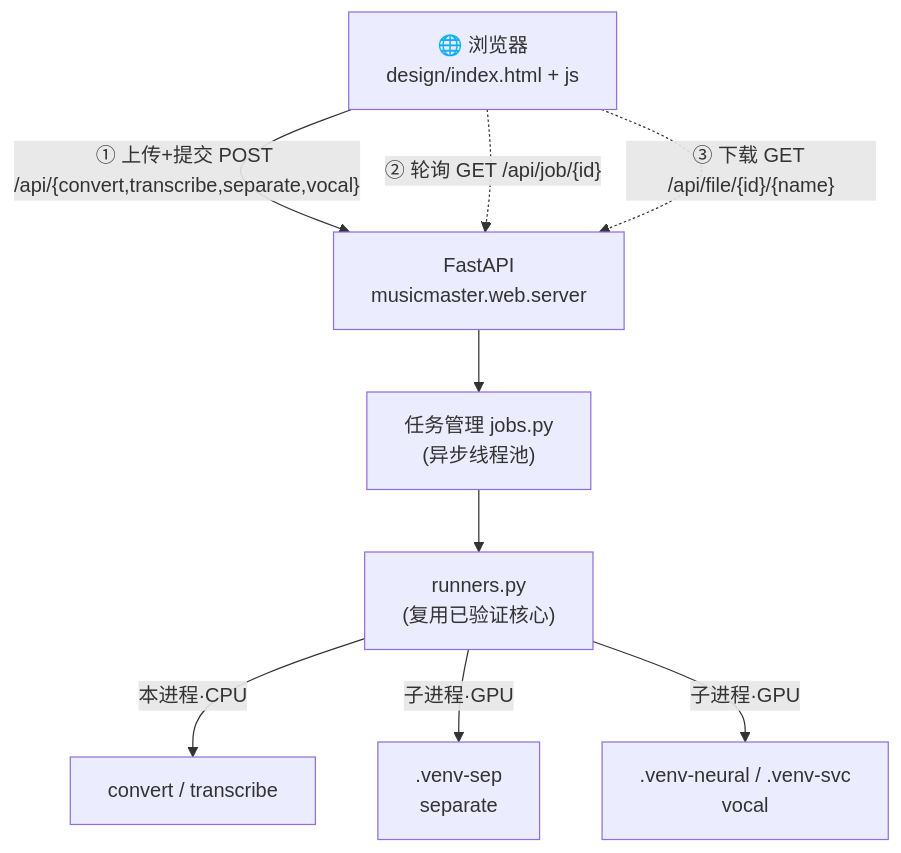
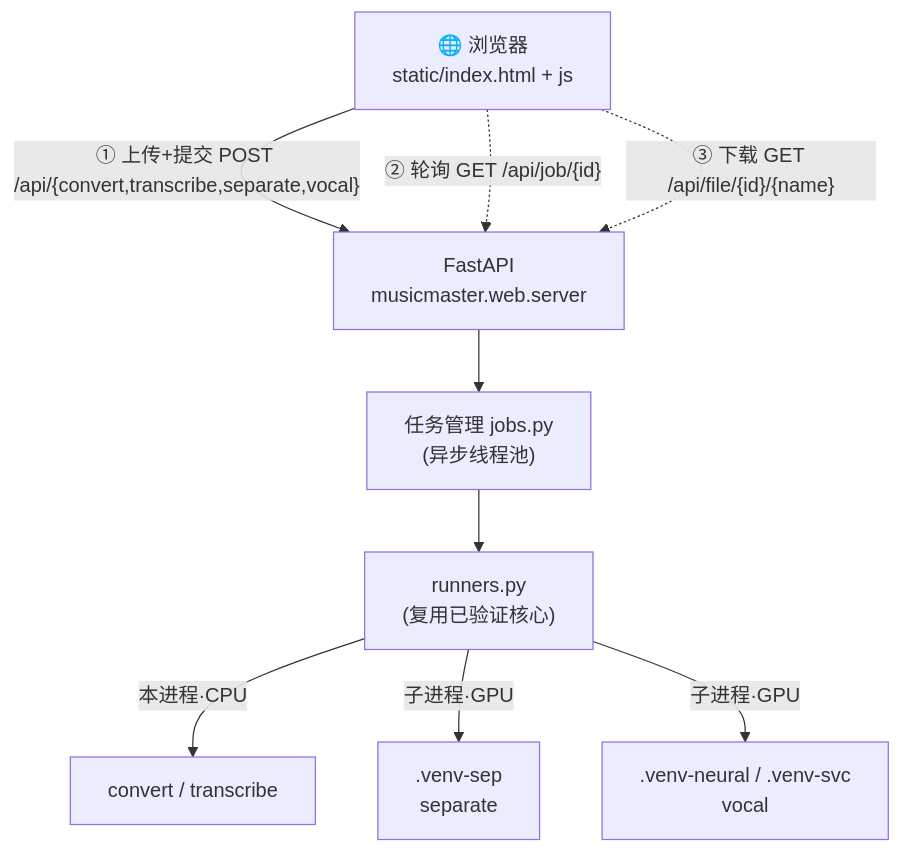
Before and after one commit to Cohenjikan/MusicMaster: the second of 2 diagrams in README.md, drawn with Mermaid. The commit also changed other lines of this file and 10 other files, not shown here.

````diff
--- a/README.md
+++ b/README.md
@@ -74,12 +227,12 @@
 ```mermaid
 flowchart TB
-  B["🌐 浏览器<br/>design/index.html + js"]
+  B["🌐 浏览器<br/>static/index.html + js"]
   B -->|"① 上传+提交 POST /api/{convert,transcribe,separate,vocal}"| API["FastAPI<br/>musicmaster.web.server"]
   API --> JM["任务管理 jobs.py<br/>(异步线程池)"]
   JM --> RN["runners.py<br/>(复用已验证核心)"]
   RN -->|本进程·CPU| CV["convert / transcribe"]
   RN -->|子进程·GPU| SP[".venv-sep<br/>separate"]
   RN -->|子进程·GPU| VO[".venv-neural / .venv-svc<br/>vocal"]
   B -.->|"② 轮询 GET /api/job/{id}"| API
   B -.->|"③ 下载 GET /api/file/{id}/{name}"| API
 ```
````
